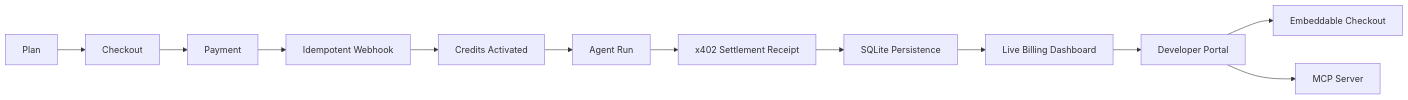
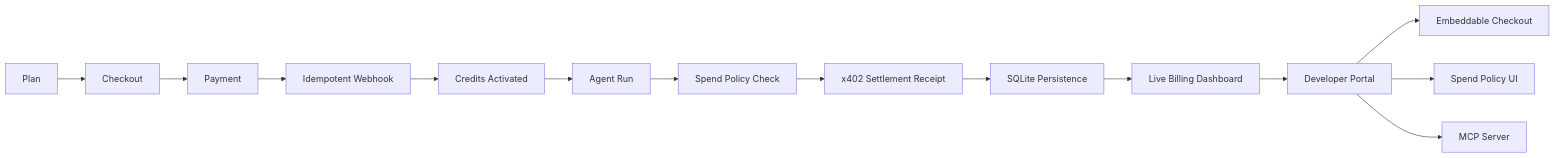
Before and after one commit to ShivamSoni20/DodoArc: the fifth of 5 diagrams in README.md, drawn with Mermaid. The commit also changed other lines of this file and 20 other files, not shown here.

Commit message:
fix: preserve real subscriber data in dashboard flows

````diff
--- a/README.md
+++ b/README.md
@@ -385,14 +405,16 @@
 ```mermaid
 flowchart LR
     Plan["Plan"] --> Checkout["Checkout"]
     Checkout --> Payment["Payment"]
     Payment --> Webhook["Idempotent Webhook"]
     Webhook --> Credits["Credits Activated"]
     Credits --> Agent["Agent Run"]
-    Agent --> Settlement["x402 Settlement Receipt"]
+    Agent --> Policy["Spend Policy Check"]
+    Policy --> Settlement["x402 Settlement Receipt"]
     Settlement --> Persistence["SQLite Persistence"]
     Persistence --> Dashboard["Live Billing Dashboard"]
     Dashboard --> Developer["Developer Portal"]
     Developer --> Embed["Embeddable Checkout"]
+    Developer --> PolicyUI["Spend Policy UI"]
     Developer --> MCP["MCP Server"]
 ```
````
